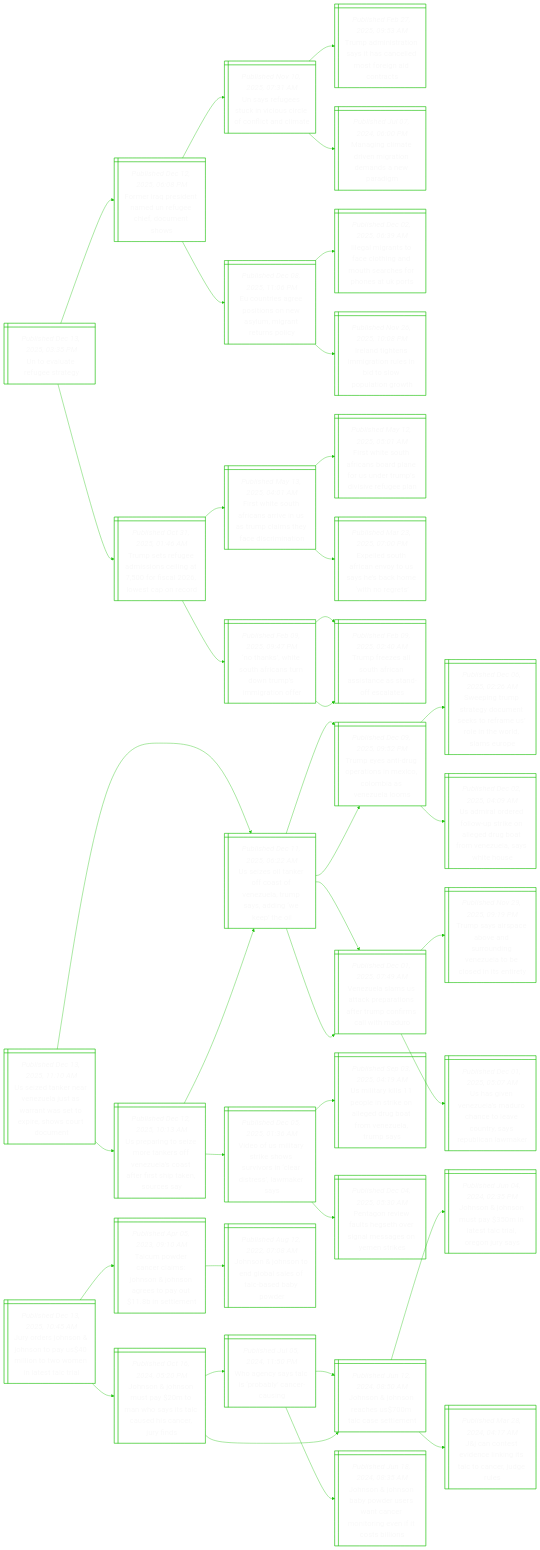
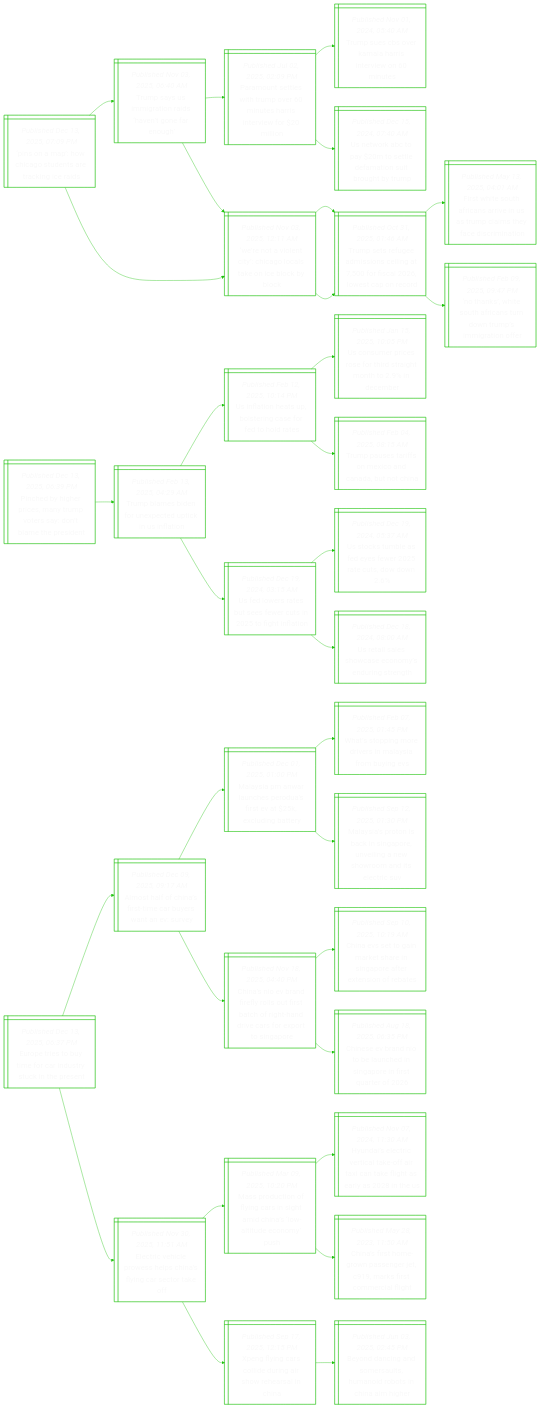
The diagram in README.md (notJmes/notJmes), drawn with Mermaid before and after one commit. The commit also changed other lines of this file, not shown here.

````diff
--- a/README.md
+++ b/README.md
@@ -16,127 +16,106 @@
 flowchart LR
 classDef txtsize font-size:20px;
 
-Uvtutg@{ shape: win-pane, label: "_Published Dec 13, 2025, 03:35 PM_
-Un to evaluate refugee strategy" }
-FrpdaNgicts@{ shape: win-pane, label: "_Published Dec 12, 2025, 06:08 PM_
-Former iraq president named un refugee chief, document shows" }
-Usgtnorflnm@{ shape: win-pane, label: "_Published Nov 10, 2025, 07:31 AM_
-Un says refugees stuck in vicious circle of conflict and climate" }
-Taitahnetidr@{ shape: win-pane, label: "_Published Feb 27, 2025, 09:53 AM_
-Trump administration says it has cancelled most foreign aid contracts" }
-Miidnaddwd@{ shape: win-pane, label: "_Published Jul 07, 2024, 06:00 PM_
-Managing climate driven migration demands a new paradigm" }
-Ensetoamatpy@{ shape: win-pane, label: "_Published Dec 08, 2025, 11:06 PM_
-Eu countries agree positions on new asylum, migrant returns policy" }
-Iartehntrfotr@{ shape: win-pane, label: "_Published Dec 02, 2025, 06:39 AM_
-Illegal migrants to face clothing and mouth searches for phones at uk ports" }
-Inhirnsdouow@{ shape: win-pane, label: "_Published Nov 26, 2025, 10:08 PM_
-Ireland tightens immigration rules in bid to slow population growth" }
+PnHisnekCd@{ shape: win-pane, label: "_Published Dec 13, 2025, 07:09 PM_
+‘pins on a map’: how chicago students are tracking ice raids" }
+TsSgodeneh@{ shape: win-pane, label: "_Published Nov 03, 2025, 06:40 AM_
+Trump says us immigration raids ‘haven’t gone far enough’" }
+PoesToisiewin@{ shape: win-pane, label: "_Published Jul 02, 2025, 02:09 PM_
+Paramount settles with trump over 60 minutes harris interview for $20 million" }
+TsBrlrteis@{ shape: win-pane, label: "_Published Nov 01, 2024, 05:40 AM_
+Trump sues cbs over kamala harris interview on 60 minutes" }
+UwBasemnbhr@{ shape: win-pane, label: "_Published Dec 15, 2024, 07:40 AM_
+Us network abc to pay $20m to settle defamation suit brought by trump" }
+WoocholeEko@{ shape: win-pane, label: "_Published Nov 03, 2025, 12:11 AM_
+‘we’re not a violent city’: chicago locals take on ice block by block" }
+Tseessifsocrd@{ shape: win-pane, label: "_Published Oct 31, 2025, 01:46 AM_
+Trump sets refugee admissions ceiling at 7,500 for fiscal 2026, lowest cap on record" }
+WoocholeEko@{ shape: win-pane, label: "_Published Nov 03, 2025, 12:11 AM_
+‘we’re not a violent city’: chicago locals take on ice block by block" }
 Tseessifsocrd@{ shape: win-pane, label: "_Published Oct 31, 2025, 01:46 AM_
 Trump sets refugee admissions ceiling at 7,500 for fiscal 2026, lowest cap on record" }
 FwSAarnTcsfimi@{ shape: win-pane, label: "_Published May 13, 2025, 04:01 AM_
 First white south africans arrive in us as trump claims they face discrimination" }
-FwSAaaarduivul@{ shape: win-pane, label: "_Published May 12, 2025, 05:01 AM_
-First white south africans board plane for us under trump’s divisive refugee plan" }
-Eluretashirt@{ shape: win-pane, label: "_Published Mar 23, 2025, 07:00 PM_
-Expelled south african envoy to us says he’s back home ‘with no regrets’" }
 Nniursdrirnr@{ shape: win-pane, label: "_Published Feb 09, 2025, 09:47 PM_
 ‘no thanks’, white south africans turn down trump’s immigration offer" }
-TfeSAaictfas@{ shape: win-pane, label: "_Published Feb 09, 2025, 02:40 AM_
-Trump freezes all south african assistance as stand-off escalates" }
-TfeSAaictfas@{ shape: win-pane, label: "_Published Feb 09, 2025, 02:40 AM_
-Trump freezes all south african assistance as stand-off escalates" }
 
-Uvtutg:::txtsize --> FrpdaNgicts:::txtsize
-FrpdaNgicts:::txtsize --> Usgtnorflnm:::txtsize
-Usgtnorflnm:::txtsize --> Taitahnetidr:::txtsize
-Usgtnorflnm:::txtsize --> Miidnaddwd:::txtsize
-FrpdaNgicts:::txtsize --> Ensetoamatpy:::txtsize
-Ensetoamatpy:::txtsize --> Iartehntrfotr:::txtsize
-Ensetoamatpy:::txtsize --> Inhirnsdouow:::txtsize
-Uvtutg:::txtsize --> Tseessifsocrd:::txtsize
+PnHisnekCd:::txtsize --> TsSgodeneh:::txtsize
+TsSgodeneh:::txtsize --> PoesToisiewin:::txtsize
+PoesToisiewin:::txtsize --> TsBrlrteis:::txtsize
+PoesToisiewin:::txtsize --> UwBasemnbhr:::txtsize
+TsSgodeneh:::txtsize --> WoocholeEko:::txtsize
+WoocholeEko:::txtsize --> Tseessifsocrd:::txtsize
+PnHisnekCd:::txtsize --> WoocholeEko:::txtsize
+WoocholeEko:::txtsize --> Tseessifsocrd:::txtsize
 Tseessifsocrd:::txtsize --> FwSAarnTcsfimi:::txtsize
-FwSAarnTcsfimi:::txtsize --> FwSAaaarduivul:::txtsize
-FwSAarnTcsfimi:::txtsize --> Eluretashirt:::txtsize
 Tseessifsocrd:::txtsize --> Nniursdrirnr:::txtsize
-Nniursdrirnr:::txtsize --> TfeSAaictfas:::txtsize
-Nniursdrirnr:::txtsize --> TfeSAaictfas:::txtsize
 
-Uznenltrwtphoon@{ shape: win-pane, label: "_Published Dec 13, 2025, 11:10 AM_
-Us seized tanker near venezuela just as warrant was set to expire, shows court document" }
-Uzlecoeapageo@{ shape: win-pane, label: "_Published Dec 11, 2025, 06:22 AM_
-Us seizes oil tanker off coast of venezuela, trump says, adding ‘we keep’ the oil" }
-TenurneCbVuo@{ shape: win-pane, label: "_Published Dec 09, 2025, 09:52 PM_
-Trump eyes anti-drug operations in mexico, colombia as venezuela looms" }
-Siurymeoarnolu@{ shape: win-pane, label: "_Published Dec 06, 2025, 02:26 AM_
-Sweeping trump strategy document seeks to reframe us’ role in the world, slams europe" }
-Uirdotoeramzsho@{ shape: win-pane, label: "_Published Dec 02, 2025, 04:09 AM_
-Us admiral ordered follow-up strike on alleged drug boat from venezuela, says white house" }
-VulScpifromlMo@{ shape: win-pane, label: "_Published Dec 01, 2025, 07:49 AM_
-Venezuela slams us attack preparations after trump confirms call with maduro" }
-Tsicvsugztliee@{ shape: win-pane, label: "_Published Nov 29, 2025, 09:19 PM_
-Trump says airspace above and surrounding venezuela to be closed in its entirety" }
-UgVuMoceoyRllk@{ shape: win-pane, label: "_Published Dec 01, 2025, 05:07 AM_
-Us has given venezuela’s maduro chance to leave country, says republican lawmaker" }
-Upgirkfeasespncy@{ shape: win-pane, label: "_Published Dec 12, 2025, 10:13 AM_
-Us preparing to seize more tankers off venezuela’s coast after first ship taken, sources say" }
-Uzlecoeapageo@{ shape: win-pane, label: "_Published Dec 11, 2025, 06:22 AM_
-Us seizes oil tanker off coast of venezuela, trump says, adding ‘we keep’ the oil" }
-TenurneCbVuo@{ shape: win-pane, label: "_Published Dec 09, 2025, 09:52 PM_
-Trump eyes anti-drug operations in mexico, colombia as venezuela looms" }
-VulScpifromlMo@{ shape: win-pane, label: "_Published Dec 01, 2025, 07:49 AM_
-Venezuela slams us attack preparations after trump confirms call with maduro" }
-Voiriorrlisms@{ shape: win-pane, label: "_Published Dec 05, 2025, 01:36 AM_
-Video of us military strike shows survivors in ‘clear distress’, lawmaker says" }
-UikperngutVura@{ shape: win-pane, label: "_Published Sep 03, 2025, 04:19 AM_
-Us military kills 11 people in strike on alleged drug boat from venezuela, trump says" }
-PgvaHtrasoei@{ shape: win-pane, label: "_Published Dec 04, 2025, 05:30 AM_
-Pentagon review faults hegseth over signal messages on yemen strikes" }
+PeipsTvsoaei@{ shape: win-pane, label: "_Published Dec 13, 2025, 06:39 PM_
+Pinched by higher prices, many trump voters say: don’t blame the president" }
+Tbsnncpini@{ shape: win-pane, label: "_Published Feb 13, 2025, 04:29 AM_
+Trump blames biden for unexpected uptick in us inflation" }
+UlnslisFha@{ shape: win-pane, label: "_Published Feb 12, 2025, 10:14 PM_
+Us inflation heats up, bolstering case for fed to hold rates" }
+UspsfirthDb@{ shape: win-pane, label: "_Published Jan 15, 2025, 10:05 PM_
+Us consumer prices rose for third straight month to 2.9% in december" }
+TpsfMoabta@{ shape: win-pane, label: "_Published Feb 04, 2025, 08:15 AM_
+Trump pauses tariffs on mexico and canada, but not china" }
+Ulssewtota@{ shape: win-pane, label: "_Published Dec 19, 2024, 03:15 AM_
+Us fed lowers rates but sees fewer cuts in 2025 to fight inflation" }
+Ucmsywtso@{ shape: win-pane, label: "_Published Dec 19, 2024, 05:37 AM_
+Us stocks tumble as fed eyes fewer 2025 rate cuts, dow down 2.6%" }
+Ualoeonne@{ shape: win-pane, label: "_Published Dec 18, 2024, 08:00 AM_
+Us retail sales showcase economy’s enduring strength" }
 
-Uznenltrwtphoon:::txtsize --> Uzlecoeapageo:::txtsize
-Uzlecoeapageo:::txtsize --> TenurneCbVuo:::txtsize
-TenurneCbVuo:::txtsize --> Siurymeoarnolu:::txtsize
-TenurneCbVuo:::txtsize --> Uirdotoeramzsho:::txtsize
-Uzlecoeapageo:::txtsize --> VulScpifromlMo:::txtsize
-VulScpifromlMo:::txtsize --> Tsicvsugztliee:::txtsize
-VulScpifromlMo:::txtsize --> UgVuMoceoyRllk:::txtsize
-Uznenltrwtphoon:::txtsize --> Upgirkfeasespncy:::txtsize
-Upgirkfeasespncy:::txtsize --> Uzlecoeapageo:::txtsize
-Uzlecoeapageo:::txtsize --> TenurneCbVuo:::txtsize
-Uzlecoeapageo:::txtsize --> VulScpifromlMo:::txtsize
-Upgirkfeasespncy:::txtsize --> Voiriorrlisms:::txtsize
-Voiriorrlisms:::txtsize --> UikperngutVura:::txtsize
-Voiriorrlisms:::txtsize --> PgvaHtrasoei:::txtsize
+PeipsTvsoaei:::txtsize --> Tbsnncpini:::txtsize
+Tbsnncpini:::txtsize --> UlnslisFha:::txtsize
+UlnslisFha:::txtsize --> UspsfirthDb:::txtsize
+UlnslisFha:::txtsize --> TpsfMoabta:::txtsize
+Tbsnncpini:::txtsize --> Ulssewtota:::txtsize
+Ulssewtota:::txtsize --> Ucmsywtso:::txtsize
+Ulssewtota:::txtsize --> Ualoeonne:::txtsize
 
-JrJonoSitmltt@{ shape: win-pane, label: "_Published Dec 13, 2025, 10:45 AM_
-Jury orders johnson & johnson to pay us$40 million to two women in latest talc trial" }
-Tmecaonsrouse@{ shape: win-pane, label: "_Published Apr 05, 2023, 09:10 AM_
-Talcum powder cancer claims: johnson & johnson agrees to pay out $11.8b in settlement" }
-Jonolsocdpr@{ shape: win-pane, label: "_Published Aug 12, 2022, 07:08 AM_
-Johnson & johnson to end global sales of talc-based baby powder" }
-Jonuyastcecrf@{ shape: win-pane, label: "_Published Oct 16, 2024, 05:20 PM_
-Johnson & johnson must pay $20m to man who says its talc caused his cancer, jury finds" }
-Wealrlcu@{ shape: win-pane, label: "_Published Jul 05, 2024, 11:50 PM_
-Who agency says talc is ‘probably’ cancer-causing" }
-Jonesastn@{ shape: win-pane, label: "_Published Jun 12, 2024, 08:50 AM_
-Johnson & johnson reaches us$700m talc case settlement" }
-Jonawsanorvitl@{ shape: win-pane, label: "_Published Jun 18, 2024, 08:35 AM_
-Johnson & johnson baby powder users want cancer monitoring even if it costs billions" }
-Jonesastn@{ shape: win-pane, label: "_Published Jun 12, 2024, 08:50 AM_
-Johnson & johnson reaches us$700m talc case settlement" }
-Jonuyatrrja@{ shape: win-pane, label: "_Published Jun 04, 2024, 02:35 PM_
-Johnson & johnson must pay $350m in latest talc trial, oregon jury says" }
-Jcsdlntoege@{ shape: win-pane, label: "_Published Mar 28, 2024, 04:17 AM_
-J&j can contest evidence linking its talc to cancer, judge rules" }
+Eesyfrstnrt@{ shape: win-pane, label: "_Published Dec 13, 2025, 06:37 PM_
+Europe tries to buy time for car industry stuck in the present" }
+Atonrmbsau@{ shape: win-pane, label: "_Published Dec 09, 2025, 09:17 AM_
+Almost half of china’s first-time car buyers want an ev: survey" }
+MsAlhrstkubr@{ shape: win-pane, label: "_Published Dec 01, 2025, 01:00 PM_
+Malaysia pm anwar launches perodua’s first ev at $25k, excluding battery" }
+WsirvnyryV@{ shape: win-pane, label: "_Published Feb 07, 2025, 01:45 PM_
+What’s stopping more drivers in malaysia from buying evs" }
+Msriknregsodli@{ shape: win-pane, label: "_Published Sep 12, 2025, 01:30 PM_
+Malaysia’s proton is back in singapore, unveiling a new showroom and its electric suv" }
+CsVdfltthgnvsxtge@{ shape: win-pane, label: "_Published Nov 18, 2025, 04:40 PM_
+China’s nio ev brand firefly rolls out first batch of right-hand drive cars for export to singapore" }
+CEtikaSpfxire@{ shape: win-pane, label: "_Published Sep 10, 2025, 10:19 AM_
+China evs set to gain market share in singapore after extension of rebates" }
+Csriecnaisrf@{ shape: win-pane, label: "_Published Aug 18, 2025, 06:35 PM_
+Chinese ev brand nio to be launched in singapore in first quarter of 2026" }
+Erhpspnyatk@{ shape: win-pane, label: "_Published Nov 30, 2025, 11:51 AM_
+Electric vehicle prowess helps china’s flying car sector take off" }
+Mrtfnsginwtcy@{ shape: win-pane, label: "_Published Mar 09, 2025, 10:20 PM_
+Mass production of flying cars in sight amid china’s ‘low-altitude economy’ push" }
+HaeciafanftriU@{ shape: win-pane, label: "_Published Nov 07, 2024, 11:30 AM_
+Hyundai’s electric vertical take-off air taxi can take flight as early as 2028 in the us" }
+Cstgpnerrmii@{ shape: win-pane, label: "_Published May 28, 2023, 11:50 AM_
+China’s first home-grown passenger jet, c919, marks first commercial flight" }
+Xfgcdirrrna@{ shape: win-pane, label: "_Published Sep 17, 2025, 12:15 PM_
+Xpeng flying cars collide during air show rehearsal in china" }
+Bdidrtarsime@{ shape: win-pane, label: "_Published Jun 03, 2025, 02:45 PM_
+Beyond dancing and somersaults, humanoid robots in china aim higher" }
 
-JrJonoSitmltt:::txtsize --> Tmecaonsrouse:::txtsize
-Tmecaonsrouse:::txtsize --> Jonolsocdpr:::txtsize
-JrJonoSitmltt:::txtsize --> Jonuyastcecrf:::txtsize
-Jonuyastcecrf:::txtsize --> Wealrlcu:::txtsize
-Wealrlcu:::txtsize --> Jonesastn:::txtsize
-Wealrlcu:::txtsize --> Jonawsanorvitl:::txtsize
-Jonuyastcecrf:::txtsize --> Jonesastn:::txtsize
-Jonesastn:::txtsize --> Jonuyatrrja:::txtsize
-Jonesastn:::txtsize --> Jcsdlntoege:::txtsize
+Eesyfrstnrt:::txtsize --> Atonrmbsau:::txtsize
+Atonrmbsau:::txtsize --> MsAlhrstkubr:::txtsize
+MsAlhrstkubr:::txtsize --> WsirvnyryV:::txtsize
+MsAlhrstkubr:::txtsize --> Msriknregsodli:::txtsize
+Atonrmbsau:::txtsize --> CsVdfltthgnvsxtge:::txtsize
+CsVdfltthgnvsxtge:::txtsize --> CEtikaSpfxire:::txtsize
+CsVdfltthgnvsxtge:::txtsize --> Csriecnaisrf:::txtsize
+Eesyfrstnrt:::txtsize --> Erhpspnyatk:::txtsize
+Erhpspnyatk:::txtsize --> Mrtfnsginwtcy:::txtsize
+Mrtfnsginwtcy:::txtsize --> HaeciafanftriU:::txtsize
+Mrtfnsginwtcy:::txtsize --> Cstgpnerrmii:::txtsize
+Erhpspnyatk:::txtsize --> Xfgcdirrrna:::txtsize
+Xfgcdirrrna:::txtsize --> Bdidrtarsime:::txtsize
 
 ```
````
